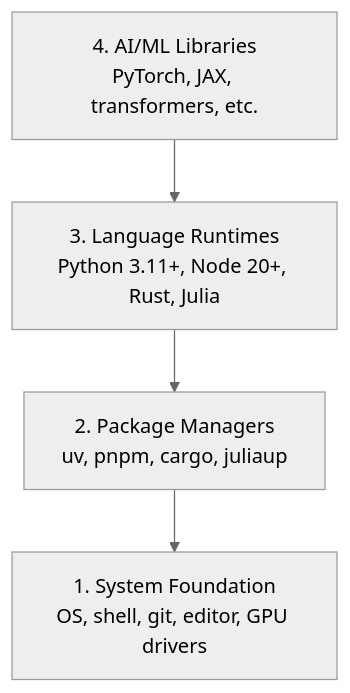
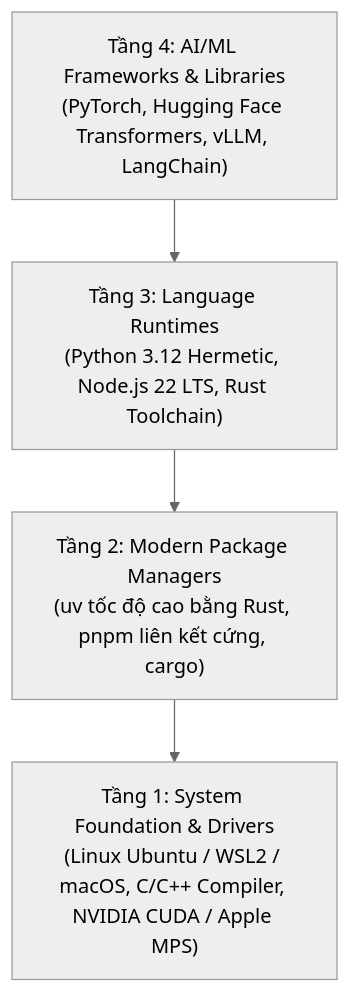
The second of 2 diagrams in frontend/posts/phases/00-setup-and-tooling/01-dev-environment.md (TrieuPhi/blog-notebook), drawn with Mermaid (neutral theme) before and after one commit. The commit also changed other lines of this file and 17 other files, not shown here.

````diff
--- a/frontend/posts/phases/00-setup-and-tooling/01-dev-environment.md
+++ b/frontend/posts/phases/00-setup-and-tooling/01-dev-environment.md
@@ -46,6 +71,10 @@
 ```mermaid
-graph TD
-    A["4. AI/ML Libraries\nPyTorch, JAX, transformers, etc."] --> B["3. Language Runtimes\nPython 3.11+, Node 20+, Rust, Julia"]
-    B --> C["2. Package Managers\nuv, pnpm, cargo, juliaup"]
-    C --> D["1. System Foundation\nOS, shell, git, editor, GPU drivers"]
+flowchart TD
+    L4["Tầng 4: AI/ML Frameworks & Libraries\n(PyTorch, Hugging Face Transformers, vLLM, LangChain)"]
+    L3["Tầng 3: Language Runtimes\n(Python 3.12 Hermetic, Node.js 22 LTS, Rust Toolchain)"]
+    L2["Tầng 2: Modern Package Managers\n(uv tốc độ cao bằng Rust, pnpm liên kết cứng, cargo)"]
+    L1["Tầng 1: System Foundation & Drivers\n(Linux Ubuntu / WSL2 / macOS, C/C++ Compiler, NVIDIA CUDA / Apple MPS)"]
+    L4 --> L3
+    L3 --> L2
+    L2 --> L1
 ```
````
